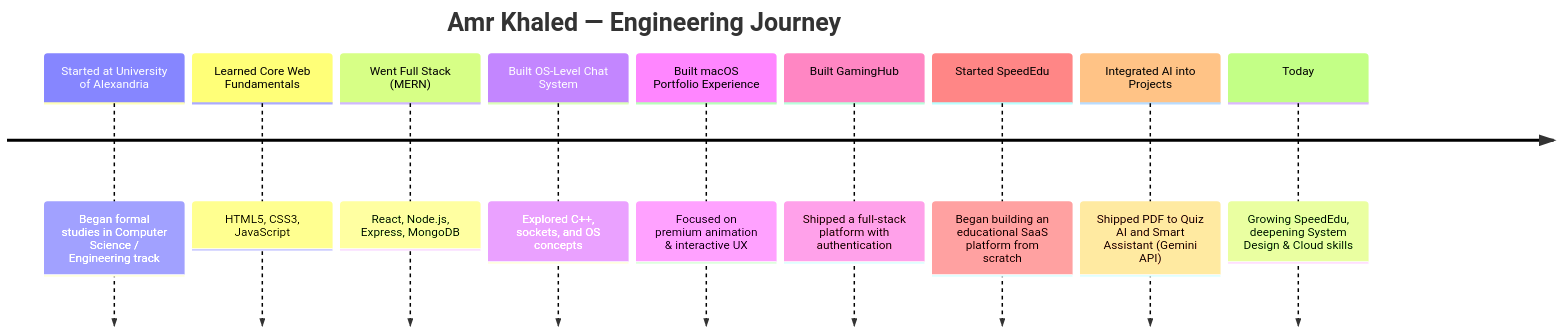
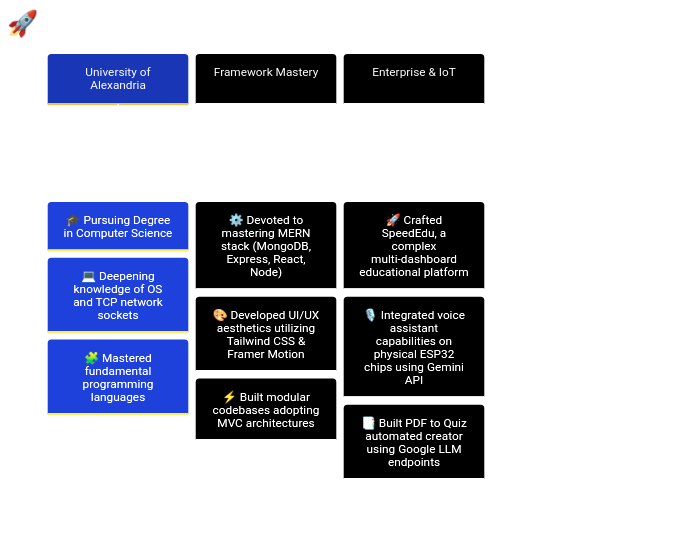
Before and after one commit to Amr-khalid/Amr-khalid: the diagram in README.md, drawn with Mermaid. The commit also changed other lines of this file, not shown here.

````diff
--- a/README.md
+++ b/README.md
@@ -491,13 +526,17 @@
 ```mermaid
+%%{init: {'theme':'base', 'themeVariables': { 'primaryColor':'#667eea', 'primaryTextColor':'#fff', 'primaryBorderColor':'#f093fb', 'lineColor':'#764ba2', 'secondaryColor':'#0D1117', 'tertiaryColor':'#1C2128', 'background':'#0D1117', 'mainBkg':'#667eea', 'secondBkg':'#764ba2', 'tertiaryBkg':'#f093fb'}}}%%
 timeline
-    title Amr Khaled — Engineering Journey
-    Started at University of Alexandria : Began formal studies in Computer Science / Engineering track
-    Learned Core Web Fundamentals : HTML5, CSS3, JavaScript
-    Went Full Stack (MERN) : React, Node.js, Express, MongoDB
-    Built OS-Level Chat System : Explored C++, sockets, and OS concepts
-    Built macOS Portfolio Experience : Focused on premium animation & interactive UX
-    Built GamingHub : Shipped a full-stack platform with authentication
-    Started SpeedEdu : Began building an educational SaaS platform from scratch
-    Integrated AI into Projects : Shipped PDF to Quiz AI and Smart Assistant (Gemini API)
-    Today : Growing SpeedEdu, deepening System Design & Cloud skills
+    title 🚀 Full-Stack Evolution & Core Projects
+    
+    University of Alexandria : 🎓 Pursuing Degree in Computer Science
+                             : 💻 Deepening knowledge of OS and TCP network sockets
+                             : 🧩 Mastered fundamental programming languages
+    
+    Framework Mastery : ⚙️ Devoted to mastering MERN stack (MongoDB, Express, React, Node)
+                      : 🎨 Developed UI/UX aesthetics utilizing Tailwind CSS & Framer Motion
+                      : ⚡ Built modular codebases adopting MVC architectures
+    
+    Enterprise & IoT : 🚀 Crafted SpeedEdu, a complex multi-dashboard educational platform
+                     : 🎙️ Integrated voice assistant capabilities on physical ESP32 chips using Gemini API
+                     : 📑 Built PDF to Quiz automated creator using Google LLM endpoints
 ```
````
